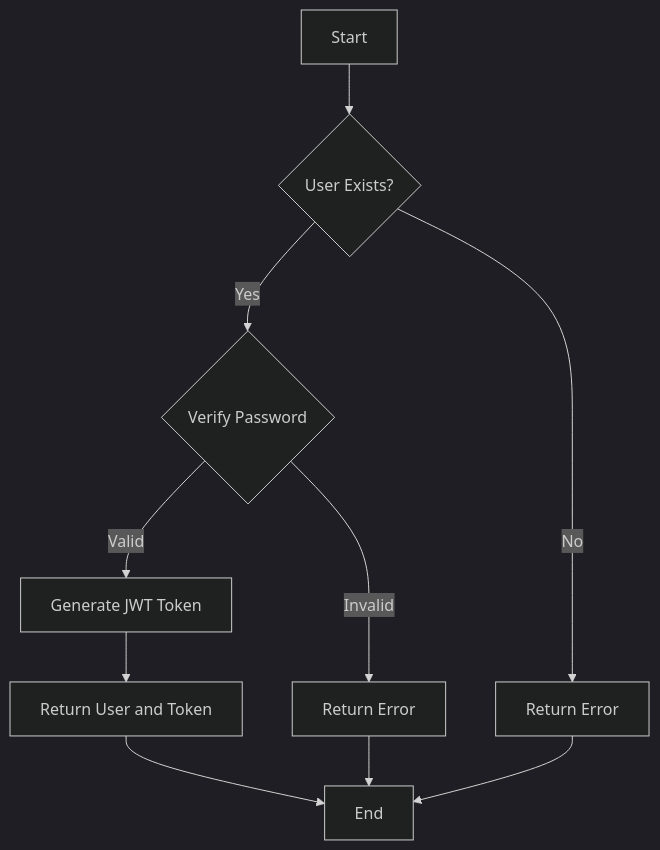
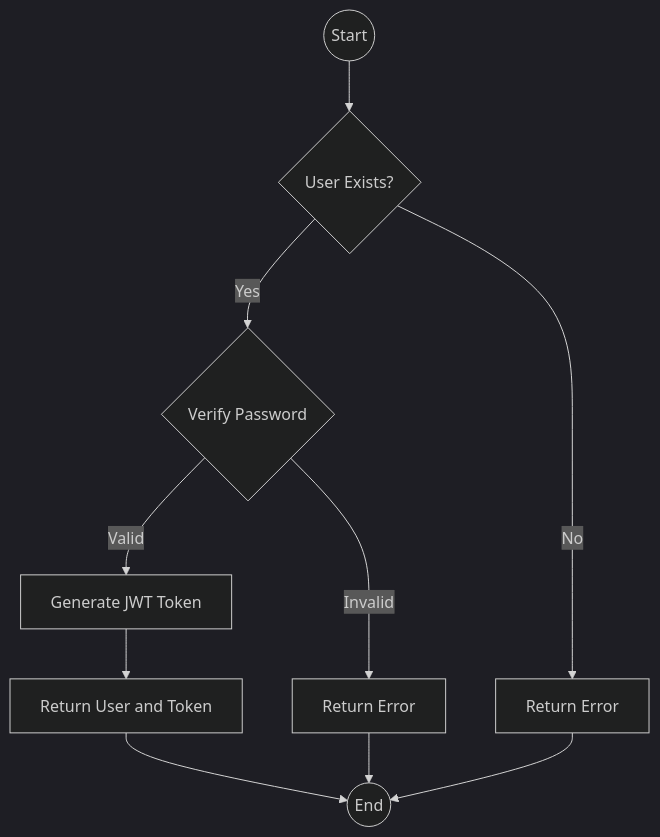
The third of 6 diagrams in CHAPTER_4_5_DOCUMENTATION.md (Princeobeten/waste-information-management-system-), drawn with Mermaid (dark theme) before and after one commit. The commit also changed other lines of this file and 6 other files, not shown here.

````diff
--- a/CHAPTER_4_5_DOCUMENTATION.md
+++ b/CHAPTER_4_5_DOCUMENTATION.md
@@ -312,12 +320,12 @@
 ```mermaid
 flowchart TD
-    A[Start] --> B{User Exists?}
+    A((Start)) --> B{User Exists?}
     B -->|Yes| C{Verify Password}
     B -->|No| D[Return Error]
     C -->|Valid| E[Generate JWT Token]
     C -->|Invalid| F[Return Error]
     E --> G[Return User and Token]
-    G --> H[End]
+    G --> H((End))
     D --> H
     F --> H
 ```
````
